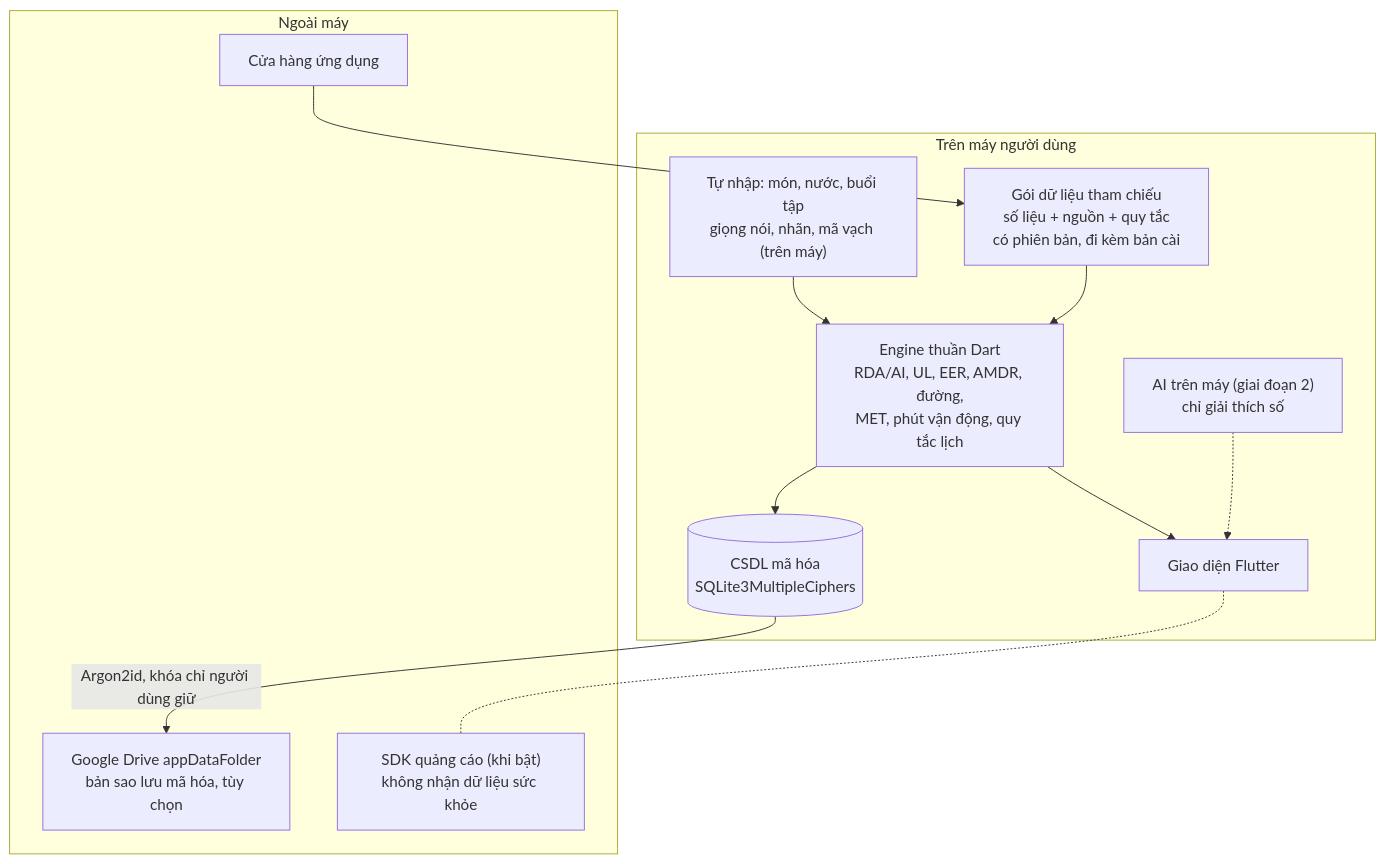
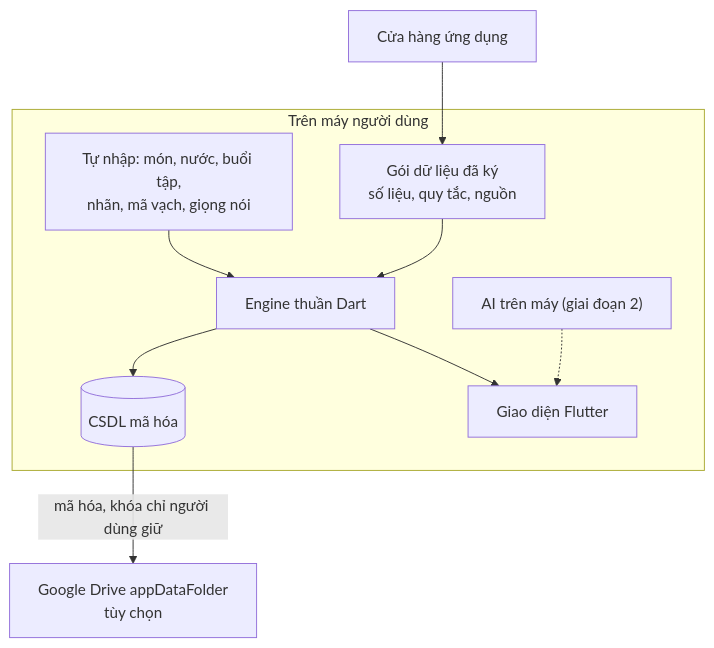
Before and after one commit to anhdt9/wholewell-app: the second of 2 diagrams in docs/plan.md, drawn with Mermaid. The commit also changed other lines of this file and 1 other file, not shown here.

Commit message:
Tinh gọn plan; chốt gói dữ liệu đi kèm bản cài, không tải từ máy chủ

````diff
--- a/docs/plan.md
+++ b/docs/plan.md
@@ -295,18 +160,12 @@
 ```mermaid
 flowchart TB
   subgraph Device["Trên máy người dùng"]
-    IN["Tự nhập: món, nước, buổi tập<br/>giọng nói, nhãn, mã vạch (trên máy)"] --> ENG["Engine thuần Dart<br/>RDA/AI, UL, EER, AMDR, đường,<br/>MET, phút vận động, quy tắc lịch"]
-    PACK["Gói dữ liệu tham chiếu<br/>số liệu + nguồn + quy tắc<br/>có phiên bản, đi kèm bản cài"] --> ENG
-    ENG --> DB[("CSDL mã hóa<br/>SQLite3MultipleCiphers")]
+    IN["Tự nhập: món, nước, buổi tập,<br/>nhãn, mã vạch, giọng nói"] --> ENG["Engine thuần Dart"]
+    PACK["Gói dữ liệu đã ký<br/>số liệu, quy tắc, nguồn"] --> ENG
+    ENG --> DB[("CSDL mã hóa")]
     ENG --> UI["Giao diện Flutter"]
-    AI["AI trên máy (giai đoạn 2)<br/>chỉ giải thích số"] -.-> UI
+    AI["AI trên máy (giai đoạn 2)"] -.-> UI
   end
-  subgraph Out["Ngoài máy"]
-    STORE["Cửa hàng ứng dụng"]
-    DRIVE["Google Drive appDataFolder<br/>bản sao lưu mã hóa, tùy chọn"]
-    ADS["SDK quảng cáo (khi bật)<br/>không nhận dữ liệu sức khỏe"]
-  end
-  STORE --> PACK
-  DB -- "Argon2id, khóa chỉ người dùng giữ" --> DRIVE
-  UI -.- ADS
+  STORE["Cửa hàng ứng dụng"] --> PACK
+  DB -- "mã hóa, khóa chỉ người dùng giữ" --> DRIVE["Google Drive appDataFolder<br/>tùy chọn"]
 ```
````
